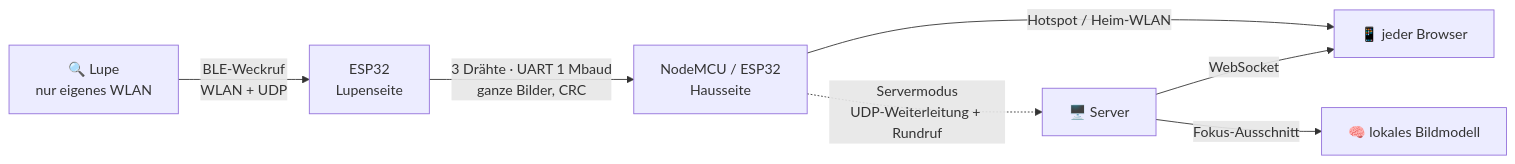
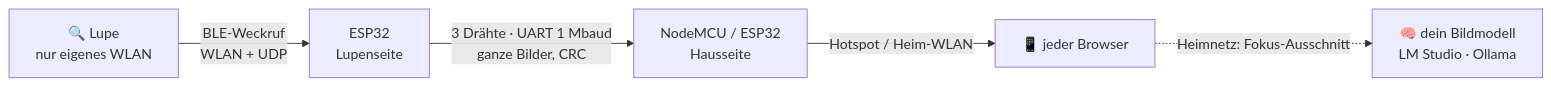
The diagram in README.de.md (ElektroGandhi/PlatinenLupe), drawn with Mermaid before and after one commit. The commit also changed other lines of this file and 28 other files, not shown here.

````diff
--- a/README.de.md
+++ b/README.de.md
@@ -105,9 +105,7 @@
 ```mermaid
 flowchart LR
   L["🔍 Lupe<br/>nur eigenes WLAN"] -- "BLE-Weckruf<br/>WLAN + UDP" --> A["ESP32<br/>Lupenseite"]
   A -- "3 Drähte · UART 1 Mbaud<br/>ganze Bilder, CRC" --> B["NodeMCU / ESP32<br/>Hausseite"]
   B -- "Hotspot / Heim-WLAN" --> P["📱 jeder Browser"]
-  B -. "Servermodus<br/>UDP-Weiterleitung + Rundruf" .-> S["🖥️ Server"]
-  S -- "WebSocket" --> P
-  S -- "Fokus-Ausschnitt" --> M["🧠 lokales Bildmodell"]
+  P -. "Heimnetz: Fokus-Ausschnitt" .-> M["🧠 dein Bildmodell<br/>LM Studio · Ollama"]
 ```
````
